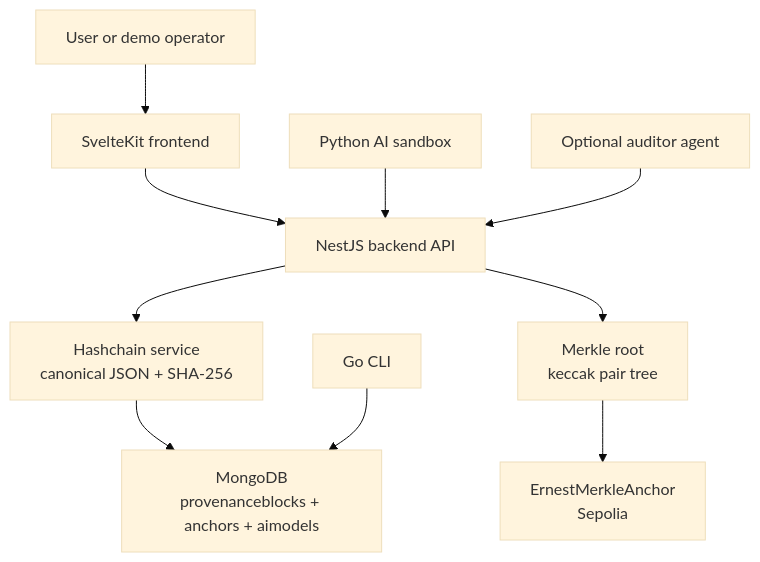
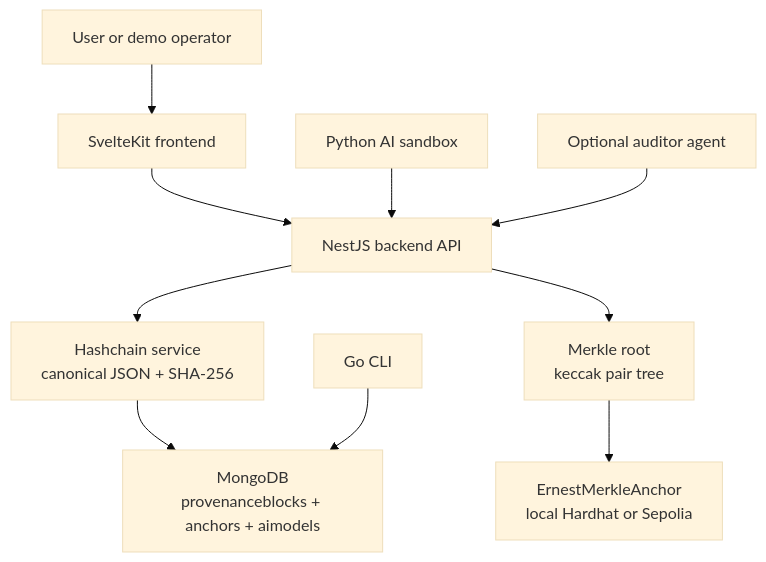
Before and after one commit to ccastromar/ai-blockchain-provenance: the first of 4 diagrams in docs/architecture.md, drawn with Mermaid (base theme). The commit also changed other lines of this file and 20 other files, not shown here.

````diff
--- a/docs/architecture.md
+++ b/docs/architecture.md
@@ -9,23 +9,23 @@
 ```mermaid
 flowchart TD
   User["User or demo operator"]
   UI["SvelteKit frontend"]
   API["NestJS backend API"]
   Mongo["MongoDB<br/>provenanceblocks + anchors + aimodels"]
   Hashchain["Hashchain service<br/>canonical JSON + SHA-256"]
   Merkle["Merkle root<br/>keccak pair tree"]
-  Contract["ErnestMerkleAnchor<br/>Sepolia"]
+  Contract["ErnestMerkleAnchor<br/>local Hardhat or Sepolia"]
   CLI["Go CLI"]
   Sandbox["Python AI sandbox"]
   Auditor["Optional auditor agent"]
 
   User --> UI
   UI --> API
   Sandbox --> API
   Auditor --> API
   API --> Hashchain
   Hashchain --> Mongo
   API --> Merkle
   Merkle --> Contract
   CLI --> Mongo
 ```
````
